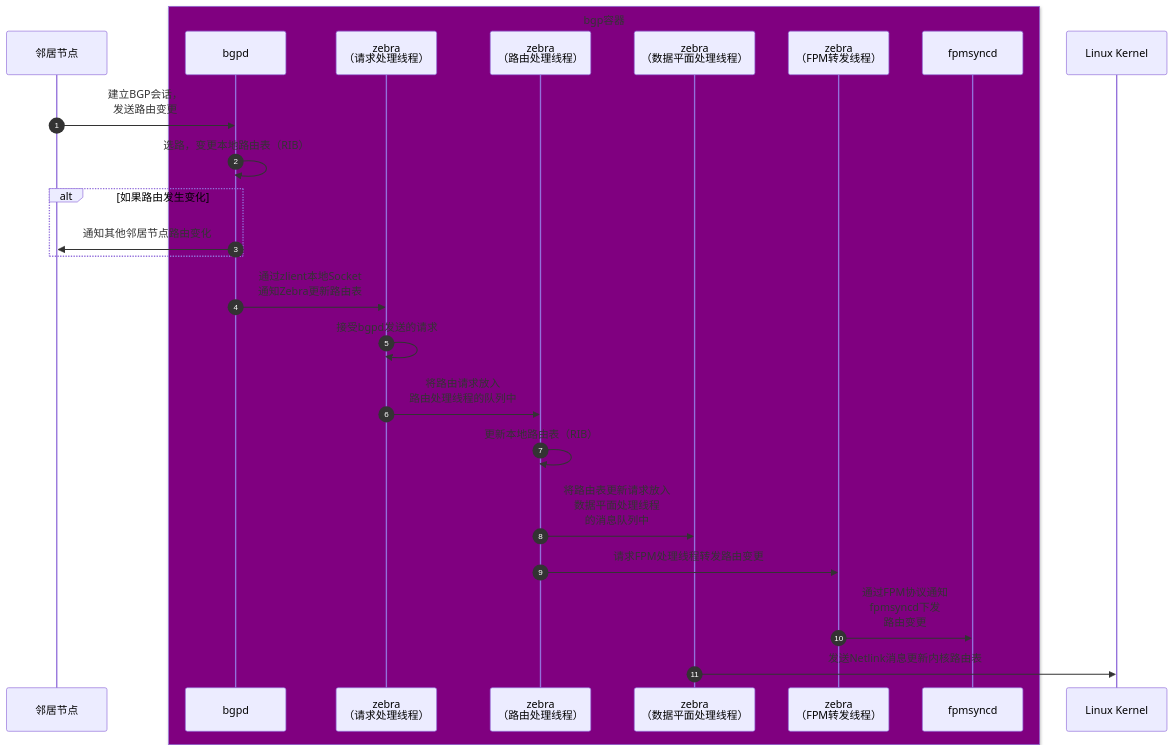
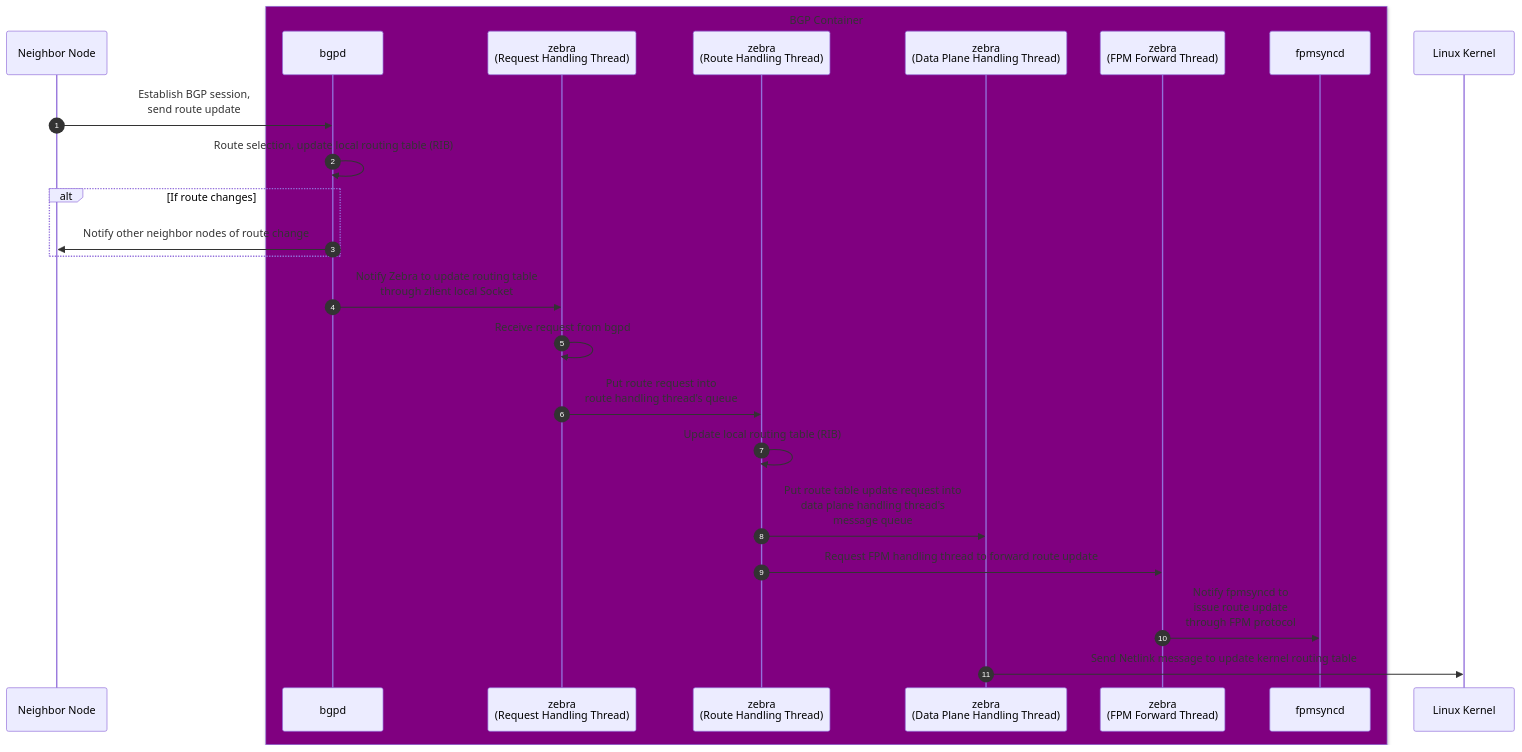
The first of 2 diagrams in src/5-2-2-bgp-route-update-workflow.md (r12f/sonic-book), drawn with Mermaid before and after one commit. The commit also changed other lines of this file, not shown here.

````diff
--- a/src/5-2-2-bgp-route-update-workflow.md
+++ b/src/5-2-2-bgp-route-update-workflow.md
@@ -9,28 +9,28 @@
 ```mermaid
 sequenceDiagram
     autonumber
-    participant N as 邻居节点
-    box purple bgp容器
+    participant N as Neighbor Node
+    box purple BGP Container
     participant B as bgpd
-    participant ZH as zebra<br/>（请求处理线程）
-    participant ZF as zebra<br/>（路由处理线程）
-    participant ZD as zebra<br/>（数据平面处理线程）
-    participant ZFPM as zebra<br/>（FPM转发线程）
+    participant ZH as zebra<br/> (Request Handling Thread)
+    participant ZF as zebra<br/> (Route Handling Thread)
+    participant ZD as zebra<br/> (Data Plane Handling Thread)
+    participant ZFPM as zebra<br/> (FPM Forward Thread)
     participant FPM as fpmsyncd
     end
     participant K as Linux Kernel
 
-    N->>B: 建立BGP会话，<br/>发送路由变更
-    B->>B: 选路，变更本地路由表（RIB）
-    alt 如果路由发生变化
-    B->>N: 通知其他邻居节点路由变化
+    N->>B: Establish BGP session,<br/>send route update
+    B->>B: Route selection, update local routing table (RIB)
+    alt If route changes
+    B->>N: Notify other neighbor nodes of route change
     end
-    B->>ZH: 通过zlient本地Socket<br/>通知Zebra更新路由表
-    ZH->>ZH: 接受bgpd发送的请求
-    ZH->>ZF: 将路由请求放入<br/>路由处理线程的队列中
-    ZF->>ZF: 更新本地路由表（RIB）
-    ZF->>ZD: 将路由表更新请求放入<br/>数据平面处理线程<br/>的消息队列中
-    ZF->>ZFPM: 请求FPM处理线程转发路由变更
-    ZFPM->>FPM: 通过FPM协议通知<br/>fpmsyncd下发<br/>路由变更
-    ZD->>K: 发送Netlink消息更新内核路由表
+    B->>ZH: Notify Zebra to update routing table<br/>through zlient local Socket
+    ZH->>ZH: Receive request from bgpd
+    ZH->>ZF: Put route request into<br/>route handling thread's queue
+    ZF->>ZF: Update local routing table (RIB)
+    ZF->>ZD: Put route table update request into<br/>data plane handling thread's<br/>message queue
+    ZF->>ZFPM: Request FPM handling thread to forward route update
+    ZFPM->>FPM: Notify fpmsyncd to<br/>issue route update<br/>through FPM protocol
+    ZD->>K: Send Netlink message to update kernel routing table
 ```
````
